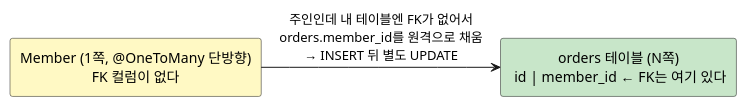
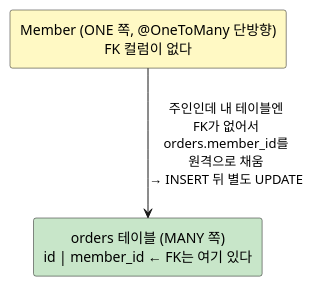
One commit to johnycho/johny-dev changed the second of 4 diagrams in blog/2026-10-06-jpa-unidirectional-association-pitfalls.mdx. Above: the diagram before and after it, drawn with PlantUML. The commit also changed other lines of this file and 4 other files, not shown here.

First line of the commit message:
post: jpa 단방향 글 명확화 + 다이어그램 모바일 폭 축소, mq 선택기준 정리

````diff
--- a/blog/2026-10-06-jpa-unidirectional-association-pitfalls.mdx
+++ b/blog/2026-10-06-jpa-unidirectional-association-pitfalls.mdx
@@ -86,11 +89,11 @@
 ```plantuml
 @startuml
 skinparam defaultTextAlignment center
 skinparam shadowing false
 
-rectangle "Member (1쪽, @OneToMany 단방향)\nFK 컬럼이 없다" as M #FFF9C4
-rectangle "orders 테이블 (N쪽)\n id | member_id  ← FK는 여기 있다" as O #C8E6C9
+rectangle "Member (ONE 쪽, @OneToMany 단방향)\nFK 컬럼이 없다" as M #FFF9C4
+rectangle "orders 테이블 (MANY 쪽)\nid | member_id ← FK는 여기 있다" as O #C8E6C9
 
-M -right-> O : 주인인데 내 테이블엔 FK가 없어서\norders.member_id를 원격으로 채움\n→ INSERT 뒤 별도 UPDATE
+M -down-> O : 주인인데 내 테이블엔\nFK가 없어서\norders.member_id를\n원격으로 채움\n→ INSERT 뒤 별도 UPDATE
 @enduml
 ```
````
